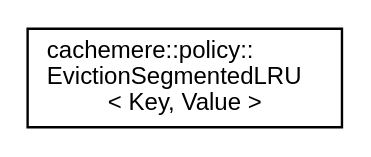
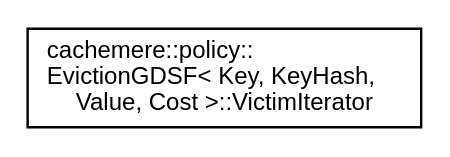
Before and after one commit to coveooss/cachemere: the diagram in docs/inherit_graph_19.dot, drawn with Graphviz. The commit also changed 154 other files, not shown here.

```diff
--- a/docs/inherit_graph_19.dot
+++ b/docs/inherit_graph_19.dot
@@ -1,8 +1,8 @@
 digraph "Graphical Class Hierarchy"
 {
  // LATEX_PDF_SIZE
   edge [fontname="Helvetica",fontsize="10",labelfontname="Helvetica",labelfontsize="10"];
   node [fontname="Helvetica",fontsize="10",shape=record];
   rankdir="LR";
-  Node0 [label="cachemere::policy::\lEvictionSegmentedLRU\l\< Key, Value \>",height=0.2,width=0.4,color="black", fillcolor="white", style="filled",URL="$classcachemere_1_1policy_1_1EvictionSegmentedLRU.html",tooltip="Segmented Least Recently Used (S-LRU) Eviction Policy."];
+  Node0 [label="cachemere::policy::\lEvictionGDSF\< Key, KeyHash,\l Value, Cost \>::VictimIterator",height=0.2,width=0.4,color="black", fillcolor="white", style="filled",URL="$classcachemere_1_1policy_1_1EvictionGDSF_1_1VictimIterator.html",tooltip="Iterator for iterating over cache items in the order they should be evicted."];
 }
```
